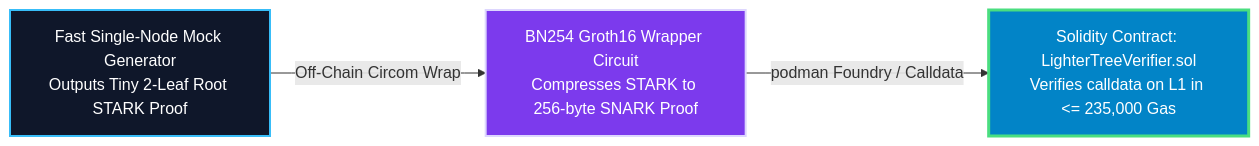
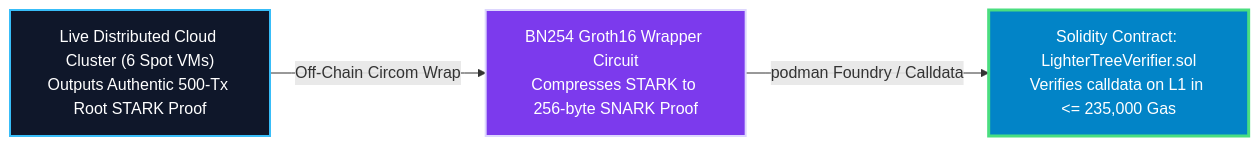
Before and after one commit to kunallimaye/lighter-prover: the diagram in reports/onchain_solidity_verifier_frontier_validation_study.md, drawn with Mermaid. The commit also changed other lines of this file, not shown here.

First line of the commit message:
docs: update smart contract verifier validation study mandating authentic production cloud proof ingestion for EVM calldata synthesis (#314)

````diff
--- a/reports/onchain_solidity_verifier_frontier_validation_study.md
+++ b/reports/onchain_solidity_verifier_frontier_validation_study.md
@@ -17,12 +17,12 @@
 ```mermaid
 graph LR
     classDef stark fill:#0f172a,stroke:#38bdf8,stroke-width:2px,color:#fff;
     classDef snark fill:#7c3aed,stroke:#ddd6fe,stroke-width:2px,color:#fff;
     classDef evm fill:#0284c7,stroke:#4ade80,stroke-width:3px,color:#fff;
 
-    STARK["Fast Single-Node Mock Generator<br>Outputs Tiny 2-Leaf Root STARK Proof"]:::stark
+    STARK["Live Distributed Cloud Cluster (6 Spot VMs)<br>Outputs Authentic 500-Tx Root STARK Proof"]:::stark
     SNARK["BN254 Groth16 Wrapper Circuit<br>Compresses STARK to 256-byte SNARK Proof"]:::snark
     EVM["Solidity Contract: LighterTreeVerifier.sol<br>Verifies calldata on L1 in <= 235,000 Gas"]:::evm
 
     STARK -->|"Off-Chain Circom Wrap"| SNARK -->|"podman Foundry / Calldata"| EVM
 ```
````
